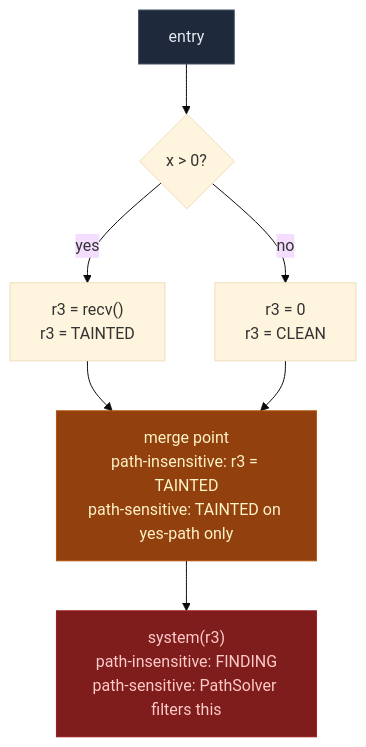
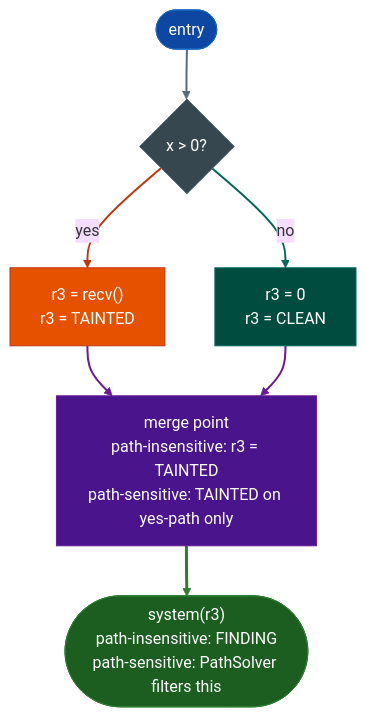
Before and after one commit to Ablation-Tool/ablation: the seventh of 22 diagrams in docs/overview.md, drawn with Mermaid (base theme). The commit also changed other lines of this file and 320 other files, not shown here.

First line of the commit message:
docs: apply canonical Mermaid template to all 321 diagrams

````diff
--- a/docs/overview.md
+++ b/docs/overview.md
@@ -196,13 +246,21 @@
 ```mermaid
 flowchart TD
-    A["entry"] --> B{"x > 0?"}
-    B -->|"yes"| C["r3 = recv()\nr3 = TAINTED"]
-    B -->|"no"| D["r3 = 0\nr3 = CLEAN"]
-    C --> E["merge point\npath-insensitive: r3 = TAINTED\npath-sensitive: TAINTED on yes-path only"]
-    D --> E
-    E --> F["system(r3)\npath-insensitive: FINDING\npath-sensitive: PathSolver filters this"]
-
-    style A fill:#1e293b,stroke:#475569,color:#e2e8f0
-    style E fill:#92400e,stroke:#b45309,color:#fef3c7
-    style F fill:#7f1d1d,stroke:#991b1b,color:#fecaca
+    A(["entry"]):::input --> B{"x > 0?"}:::neutral
+    B:::neutral -->|"yes"| C["r3 = recv()\nr3 = TAINTED"]:::primary
+    B:::neutral -->|"no"| D["r3 = 0\nr3 = CLEAN"]:::secondary
+    C:::primary --> E["merge point\npath-insensitive: r3 = TAINTED\npath-sensitive: TAINTED on yes-path only"]:::tertiary
+    D:::secondary --> E:::tertiary
+    E:::tertiary --> F(["system(r3)\npath-insensitive: FINDING\npath-sensitive: PathSolver filters this"]):::output
+    classDef input     fill:#0d47a1,stroke:#1565c0,color:#fff
+    classDef primary   fill:#e65100,stroke:#bf360c,color:#fff
+    classDef secondary fill:#004d40,stroke:#00695c,color:#fff
+    classDef tertiary  fill:#4a148c,stroke:#6a1b9a,color:#fff
+    classDef neutral   fill:#37474f,stroke:#546e7a,color:#fff
+    classDef output    fill:#1b5e20,stroke:#2e7d32,color:#fff
+    linkStyle 0 stroke:#546e7a,stroke-width:2px
+    linkStyle 1 stroke:#bf360c,stroke-width:2px
+    linkStyle 2 stroke:#00695c,stroke-width:2px
+    linkStyle 3 stroke:#6a1b9a,stroke-width:2px
+    linkStyle 4 stroke:#6a1b9a,stroke-width:2px
+    linkStyle 5 stroke:#2e7d32,stroke-width:3px
 ```
````
